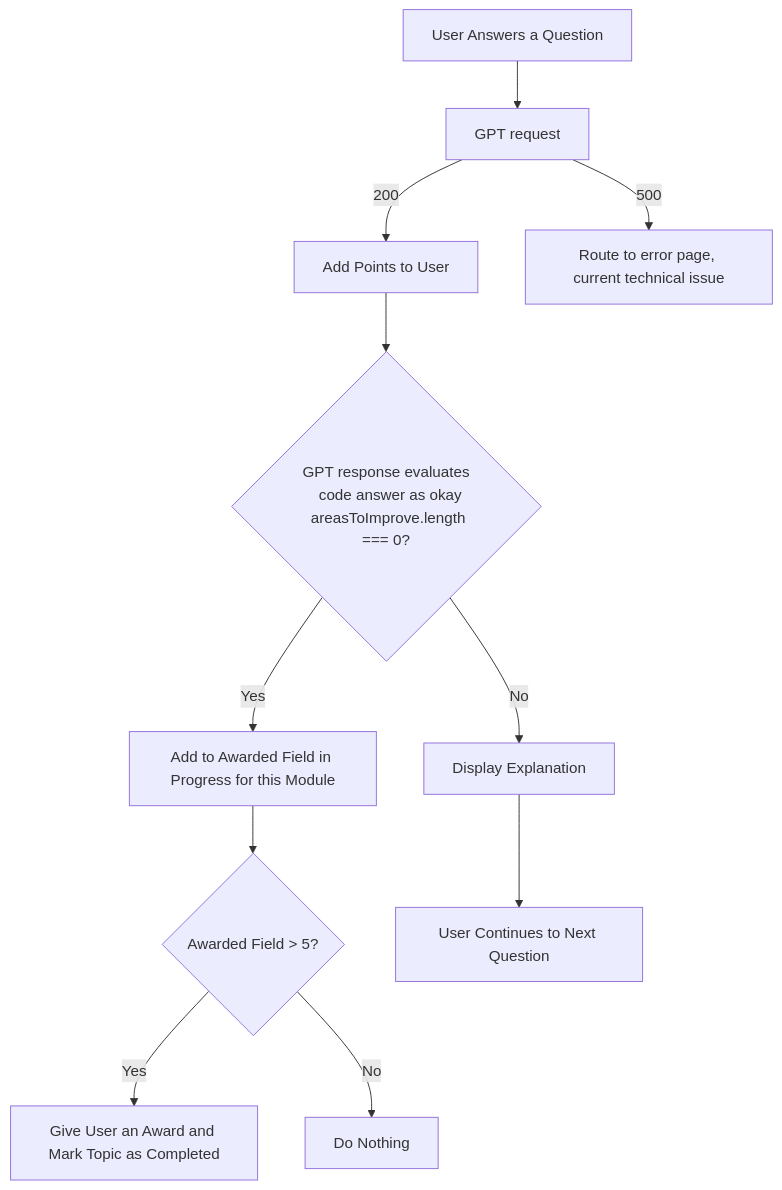
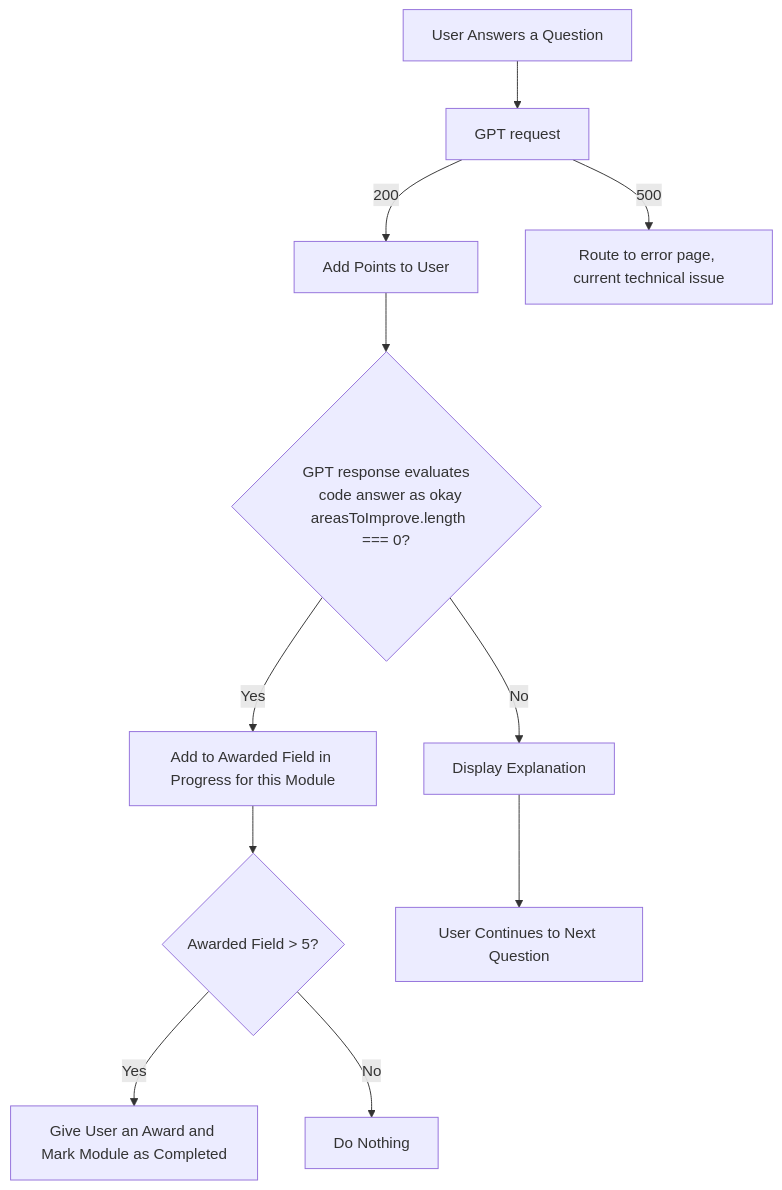
The second of 3 diagrams in FlowChart.md (stepsen89/eduplay-nexus), drawn with Mermaid before and after one commit. The commit also changed other lines of this file and 18 other files, not shown here.

````diff
--- a/FlowChart.md
+++ b/FlowChart.md
@@ -15,16 +15,16 @@
 ```mermaid
 
 graph TB
   A[User Answers a Question] --> B[GPT request]
   B --> |200| C[Add Points to User]
   B --> |500| D[Route to error page, current technical issue]
   C --> E{GPT response evaluates
   code answer as okay
   areasToImprove.length === 0?}
   E --> |Yes| F[Add to Awarded Field in Progress for this Module]
   E --> |No| J[Display Explanation]
   F --> G{Awarded Field > 5?}
-  G --> |Yes| H[Give User an Award and Mark Topic as Completed]
+  G --> |Yes| H[Give User an Award and Mark Module as Completed]
   G --> |No| I[Do Nothing]
   J --> K[User Continues to Next Question]
 ```
````
